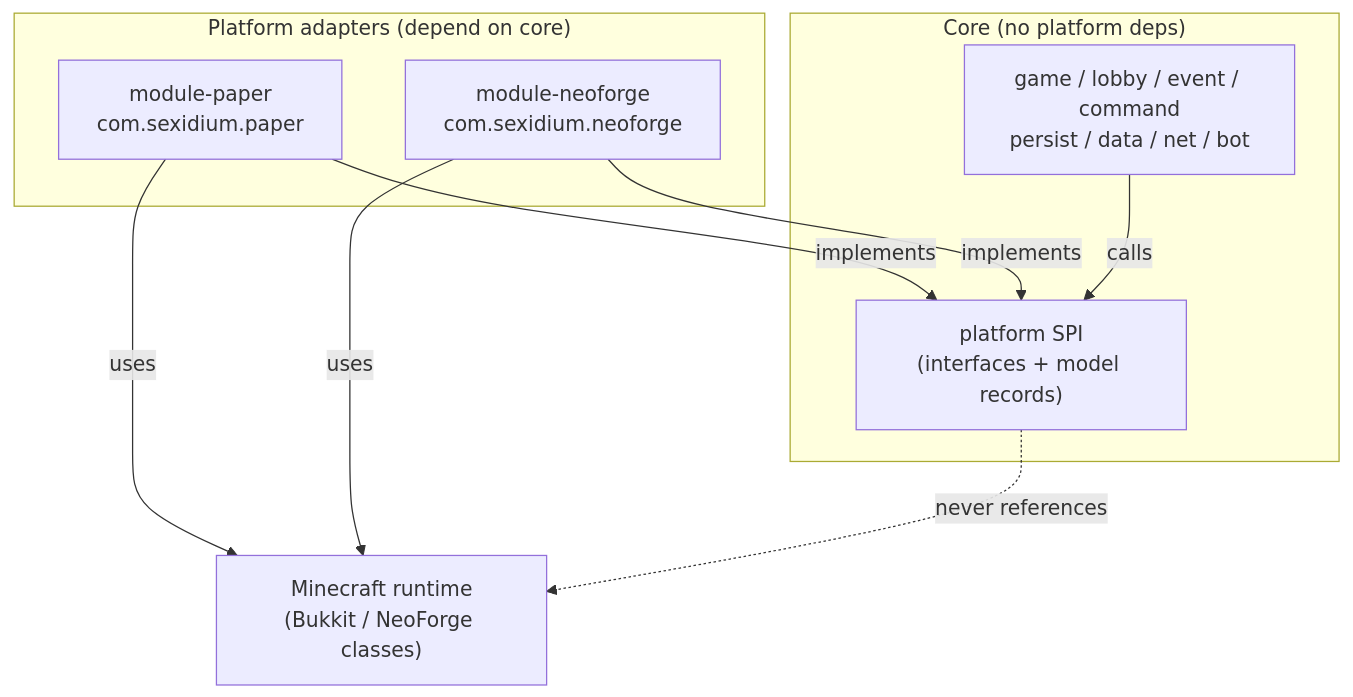
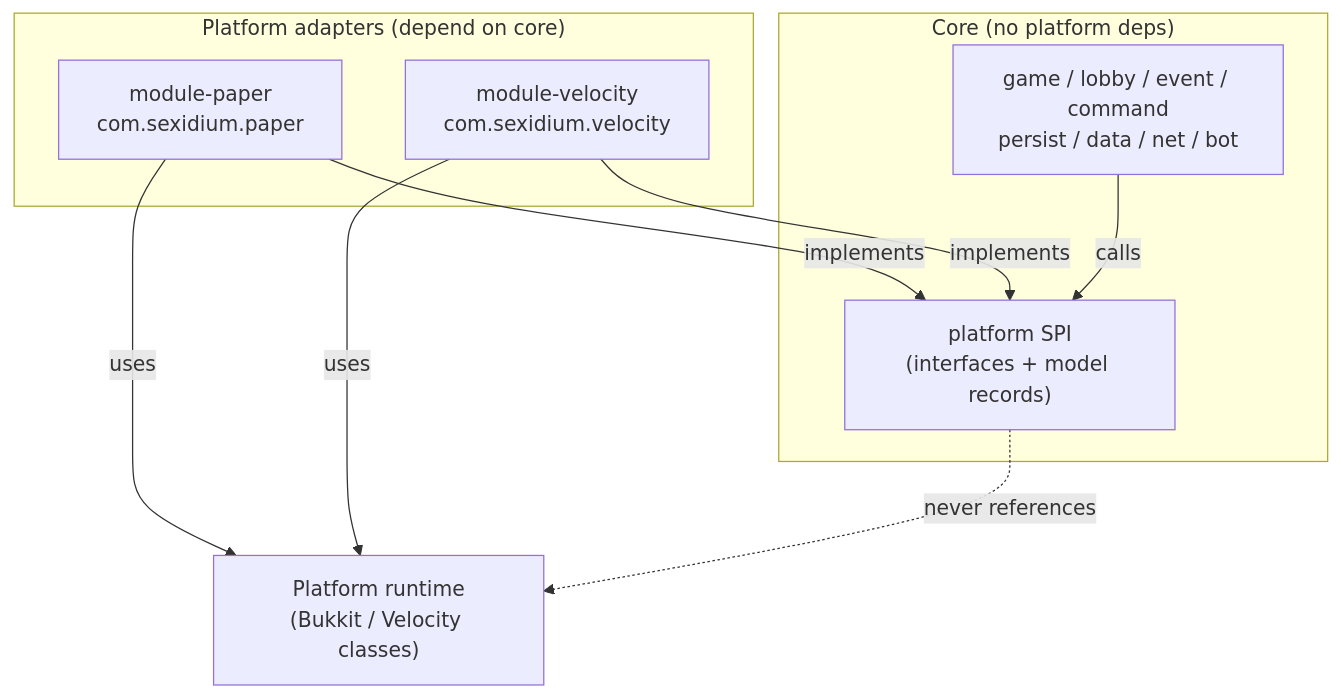
The first of 2 diagrams in docs/architecture/overview.md (Ashu11-A/Sexidium), drawn with Mermaid before and after one commit. The commit also changed other lines of this file and 26 other files, not shown here.

````diff
--- a/docs/architecture/overview.md
+++ b/docs/architecture/overview.md
@@ -41,19 +42,19 @@
 ```mermaid
 graph TD
     subgraph Adapters["Platform adapters (depend on core)"]
         Paper["module-paper<br/>com.sexidium.paper"]
-        Neo["module-neoforge<br/>com.sexidium.neoforge"]
+        Vel["module-velocity<br/>com.sexidium.velocity"]
     end
     subgraph Core["Core (no platform deps)"]
         SPI["platform SPI<br/>(interfaces + model records)"]
         Logic["game / lobby / event / command<br/>persist / data / net / bot"]
     end
-    MC["Minecraft runtime<br/>(Bukkit / NeoForge classes)"]
+    MC["Platform runtime<br/>(Bukkit / Velocity classes)"]
 
     Paper -->|implements| SPI
-    Neo -->|implements| SPI
+    Vel -->|implements| SPI
     Logic -->|calls| SPI
     Paper -->|uses| MC
-    Neo -->|uses| MC
+    Vel -->|uses| MC
     SPI -.->|never references| MC
 ```
````
